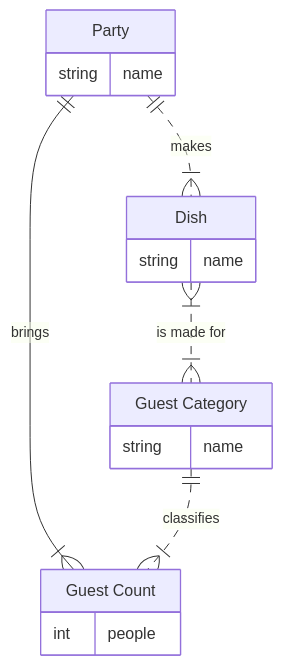
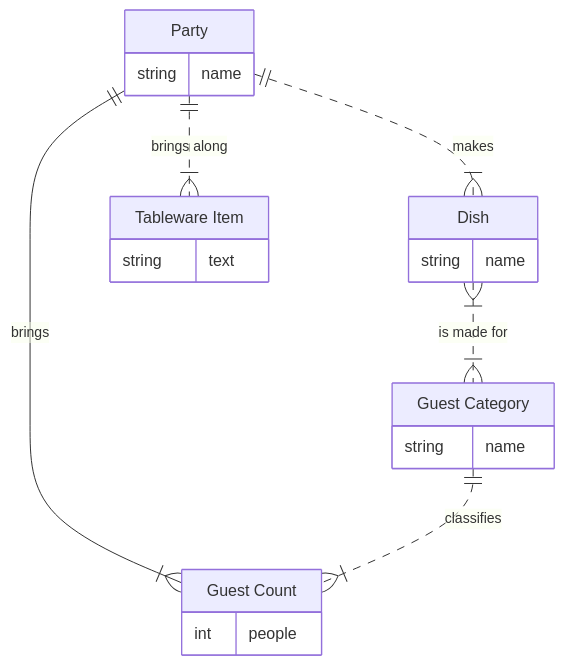
One commit to pvginkel/KerstDiner changed the diagram in docs/design.md. Above: the diagram before and after it, drawn with Mermaid. The commit also changed other lines of this file and 1 other file, not shown here.

````diff
--- a/docs/design.md
+++ b/docs/design.md
@@ -206,21 +255,25 @@
 ```mermaid
 erDiagram
     direction TB
     Party {
         string name
     }
     Dish {
         string name
+    }
+    TablewareItem["Tableware Item"] {
+        string text
     }
     GuestCount["Guest Count"] {
         int people
     }
     GuestCategory["Guest Category"] {
         string name
     }
     Party ||--|{ GuestCount : "brings"
     GuestCategory ||..|{ GuestCount : "classifies"
     Party ||..|{ Dish : "makes"
+    Party ||..|{ TablewareItem : "brings along"
     %% Unresolved many-to-many: this is a concept model.
     Dish }|..|{ GuestCategory : "is made for"
 ```
````
